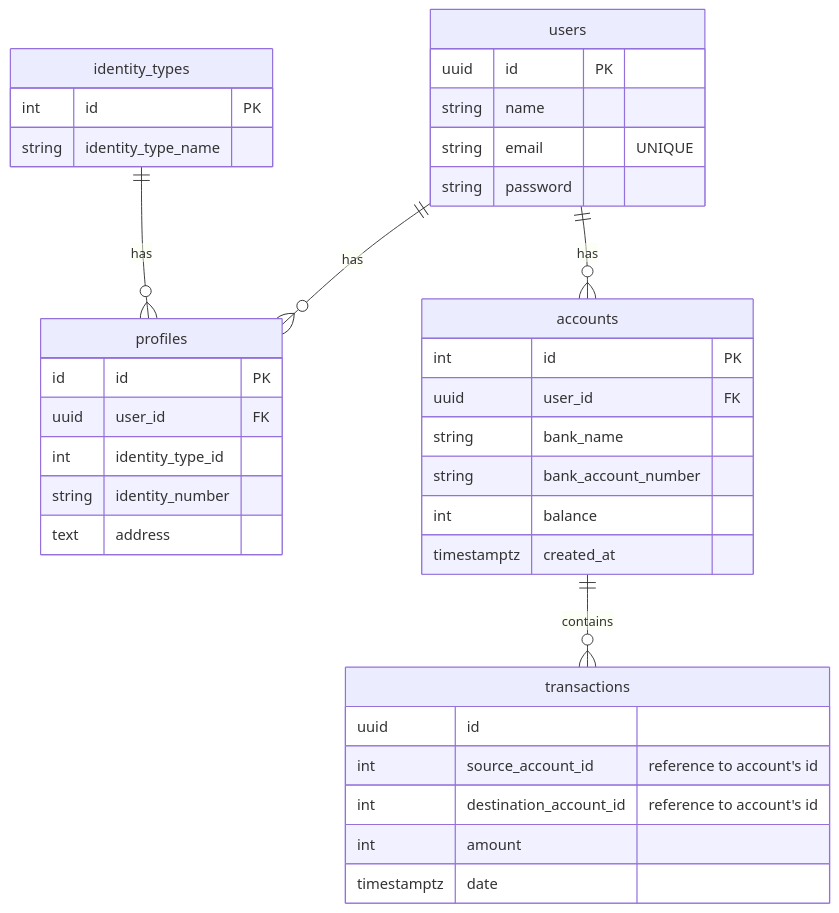
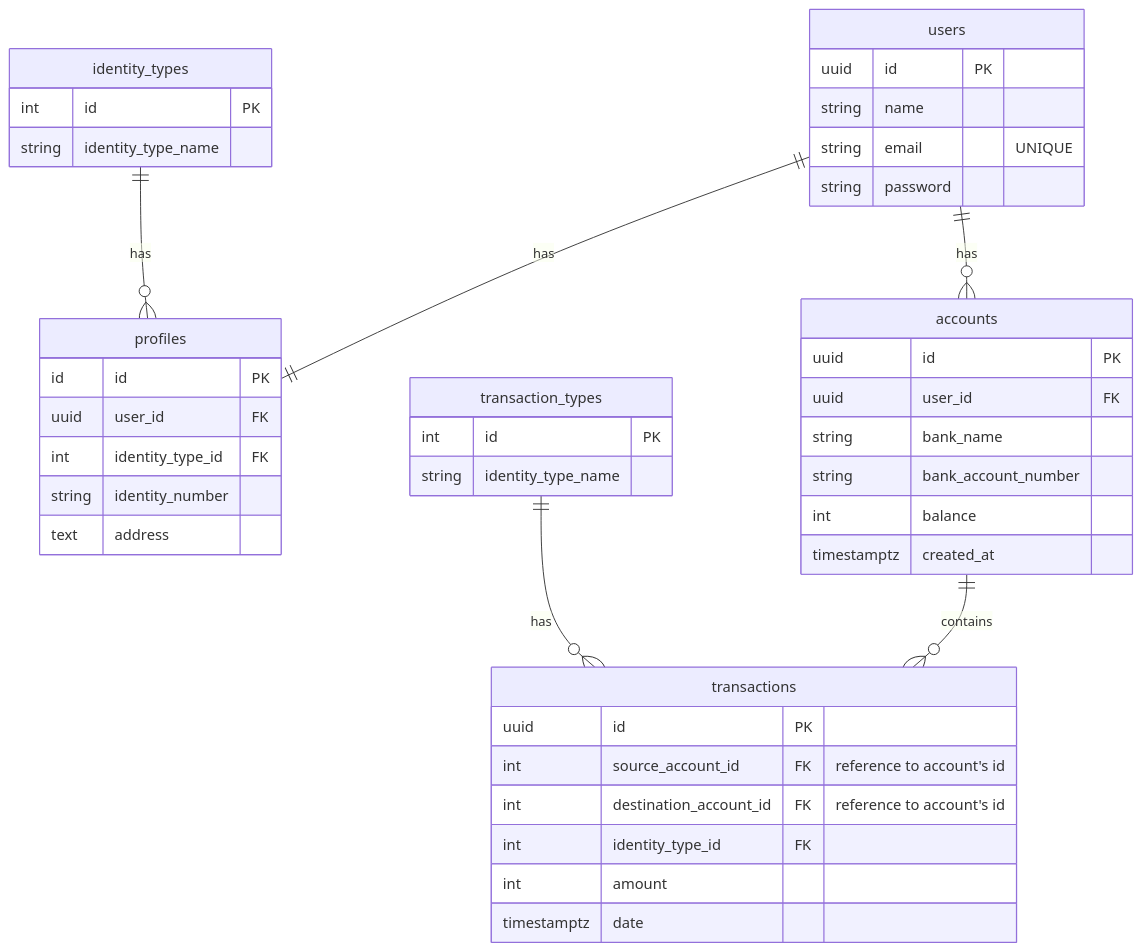
Before and after one commit to KevinDylanPrayudi/BEJS_fgabatch2_KevinDylanPrayudi_ChallengeChapter4: the diagram in README.md, drawn with Mermaid.

Commit message:
docs(README): type data changes in account's table and add table transaction_type

````diff
--- a/README.md
+++ b/README.md
@@ -2,43 +2,50 @@
 ```mermaid
 erDiagram
-    users ||--o{ profiles : has
+    users ||--|| profiles : has
     users ||--o{ accounts : has
     users {
         uuid id PK
         string name
         string email "UNIQUE"
         string password
     }
 
     profiles {
         id id PK
         uuid user_id FK
-        int identity_type_id
+        int identity_type_id FK
         string identity_number
         text address
     }
 
     identity_types ||--o{ profiles : has
     identity_types {
         int id PK
         string identity_type_name
     }
 
     accounts ||--o{ transactions : contains
     accounts {
-        int id PK
+        uuid id PK
         uuid user_id FK
         string bank_name
         string bank_account_number
         int balance
         timestamptz created_at
     }
 
    transactions {
-        uuid id
-        int source_account_id "reference to account's id"
-        int destination_account_id "reference to account's id"
+        uuid id PK
+        int source_account_id FK "reference to account's id"
+        int destination_account_id FK "reference to account's id"
+        int identity_type_id FK
         int amount
         timestamptz date
-   } 
+   }
+
+   transaction_types ||--o{ transactions : has
+   transaction_types {
+        int id PK
+        string identity_type_name
+   }
 ```
````
